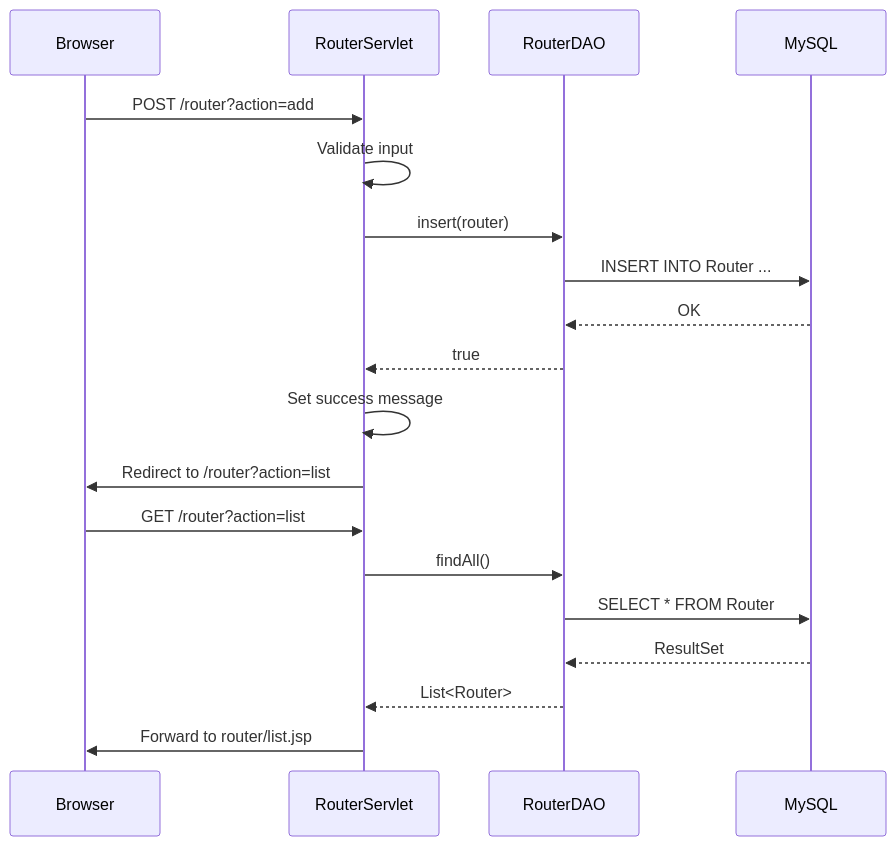
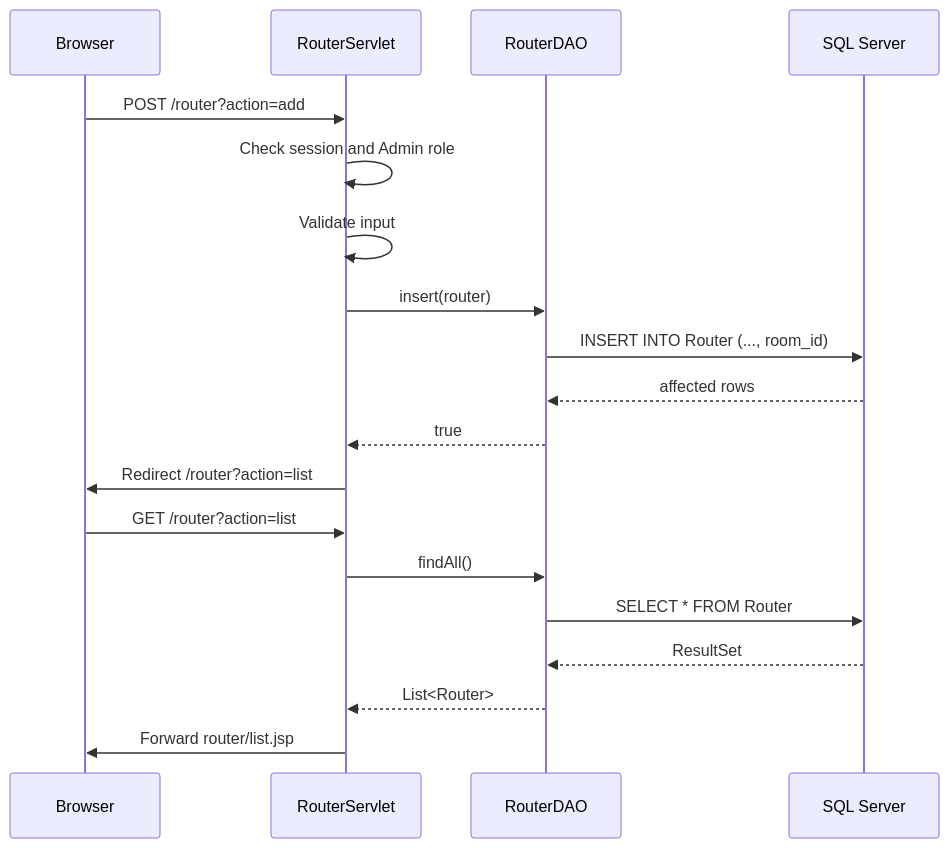
Before and after one commit to PhongTCT/PaymentTest: the second of 2 diagrams in PRJ301/04_system_architecture.md, drawn with Mermaid. The commit also changed other lines of this file and 54 other files, not shown here.

````diff
--- a/PRJ301/04_system_architecture.md
+++ b/PRJ301/04_system_architecture.md
@@ -327,22 +336,22 @@
 ```mermaid
 sequenceDiagram
     participant B as Browser
     participant S as RouterServlet
     participant D as RouterDAO
-    participant DB as MySQL
+    participant DB as SQL Server
 
     B->>S: POST /router?action=add
+    S->>S: Check session and Admin role
     S->>S: Validate input
     S->>D: insert(router)
-    D->>DB: INSERT INTO Router ...
-    DB-->>D: OK
+    D->>DB: INSERT INTO Router (..., room_id)
+    DB-->>D: affected rows
     D-->>S: true
-    S->>S: Set success message
-    S->>B: Redirect to /router?action=list
+    S->>B: Redirect /router?action=list
     B->>S: GET /router?action=list
     S->>D: findAll()
     D->>DB: SELECT * FROM Router
     DB-->>D: ResultSet
     D-->>S: List<Router>
-    S->>B: Forward to router/list.jsp
+    S->>B: Forward router/list.jsp
 ```
````
